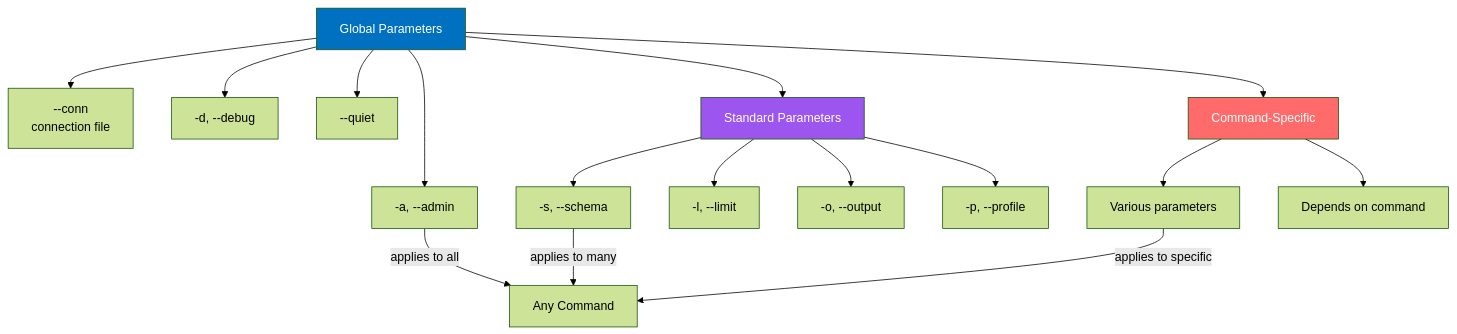
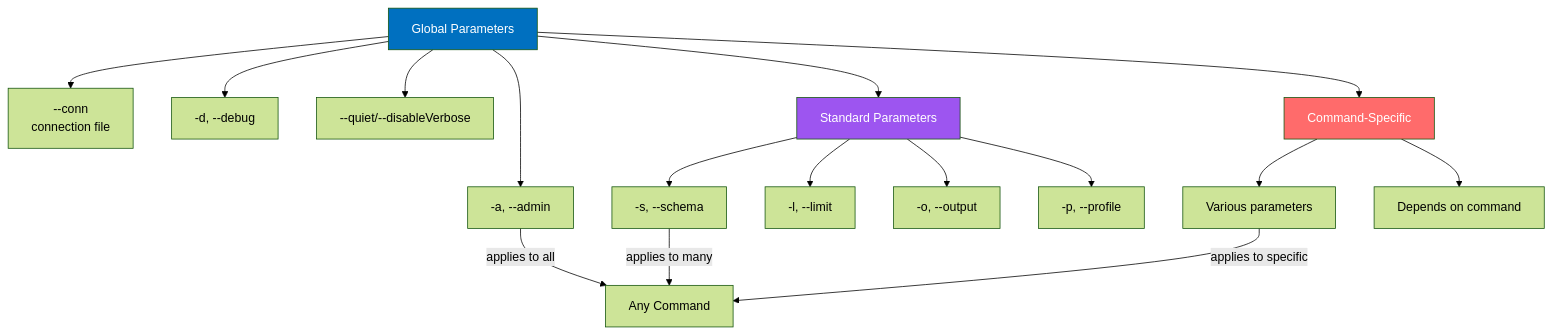
Before and after one commit to SAP-samples/hana-developer-cli-tool-example: diagram 25 of 26 in docs/99-reference/command-reference.md, drawn with Mermaid (forest theme). The commit also changed other lines of this file and 10 other files, not shown here.

````diff
--- a/docs/99-reference/command-reference.md
+++ b/docs/99-reference/command-reference.md
@@ -932,25 +938,25 @@
 ```mermaid
 graph TD
     A["Global Parameters"] --> A1["-a, --admin"]
     A --> A2["--conn<br/>connection file"]
     A --> A3["-d, --debug"]
-    A --> A4["--quiet"]
+    A --> A4["--quiet/--disableVerbose"]
     
     A --> B["Standard Parameters"]
     B --> B1["-s, --schema"]
     B --> B2["-l, --limit"]
     B --> B3["-o, --output"]
     B --> B4["-p, --profile"]
     
     A --> C["Command-Specific"]
     C --> C1["Various parameters"]
     C --> C2["Depends on command"]
     
     A1 -->|applies to all| D["Any Command"]
     B1 -->|applies to many| D
     C1 -->|applies to specific| D
     
     style A fill:#0070C0,color:#fff
     style B fill:#9D55F0,color:#fff
     style C fill:#FF6B6B,color:#fff
 ```
````
